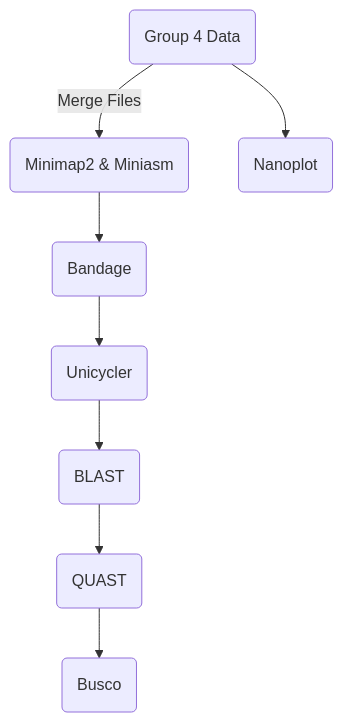
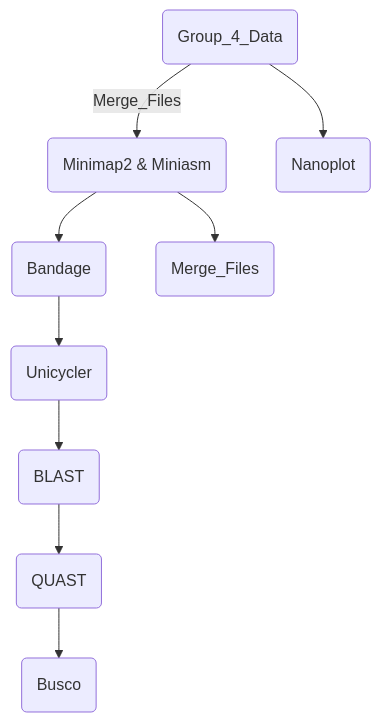
The diagram in README.md (mzywj2/Project-1---Group-4-Genome-Assembly), drawn with Mermaid before and after one commit.

````diff
--- a/README.md
+++ b/README.md
@@ -297,11 +297,12 @@
 ```mermaid
 graph TD;
-A(Group 4 Data)-->|Merge Files|B(Minimap2 & Miniasm);
+A(Group_4_Data)-->|Merge_Files|B(Minimap2 & Miniasm);
     B-->C(Bandage);
     C-->D(Unicycler);
     D-->E(BLAST);
     E-->F(QUAST);
     F-->G(Busco);
     A-->H(Nanoplot);
+    B-->I(Merge_Files);
 
 ```
````
